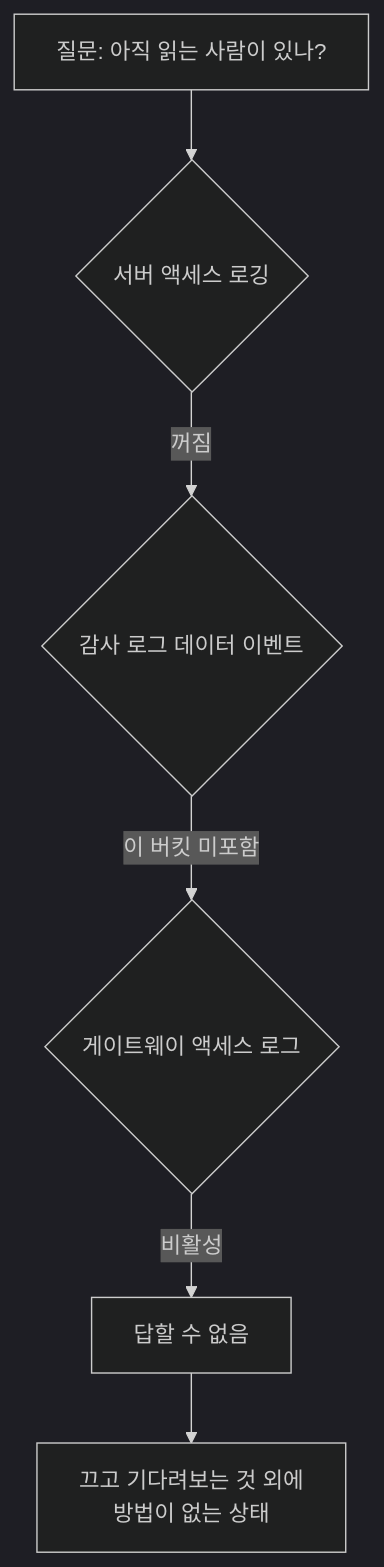
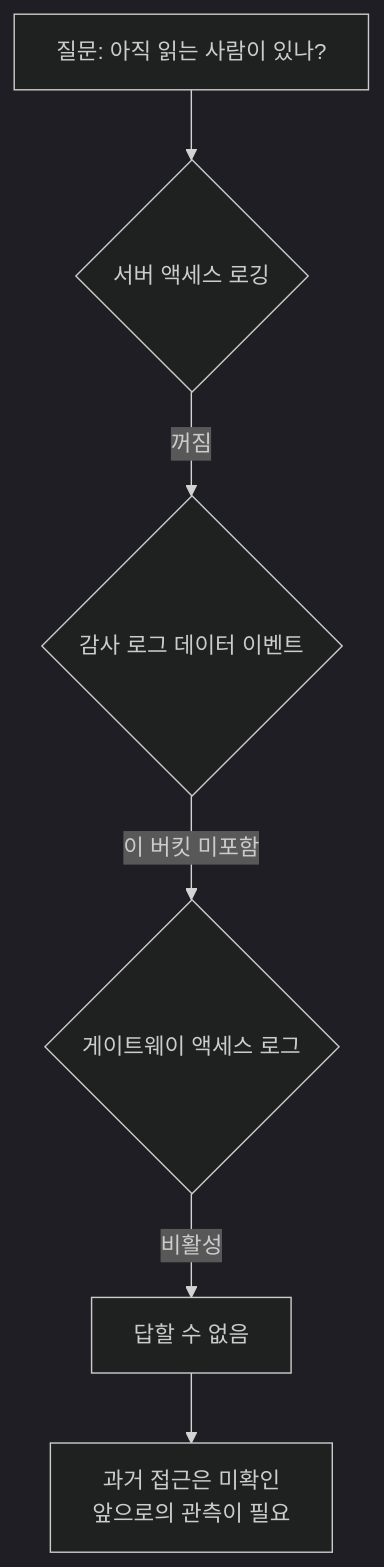
Before and after one commit to kukjun/blog: the diagram in src/content/blog/ko/cannot-prove-unused.md, drawn with Mermaid (dark theme). The commit also changed other lines of this file and 32 other files, not shown here.

````diff
--- a/src/content/blog/ko/cannot-prove-unused.md
+++ b/src/content/blog/ko/cannot-prove-unused.md
@@ -54,8 +56,8 @@
 ```mermaid
 flowchart TD
   A["질문: 아직 읽는 사람이 있나?"] --> B{서버 액세스 로깅}
   B -- 꺼짐 --> C{감사 로그 데이터 이벤트}
   C -- 이 버킷 미포함 --> D{게이트웨이 액세스 로그}
   D -- 비활성 --> E["답할 수 없음"]
-  E --> F["끄고 기다려보는 것 외에<br/>방법이 없는 상태"]
+  E --> F["과거 접근은 미확인<br/>앞으로의 관측이 필요"]
 ```
````
